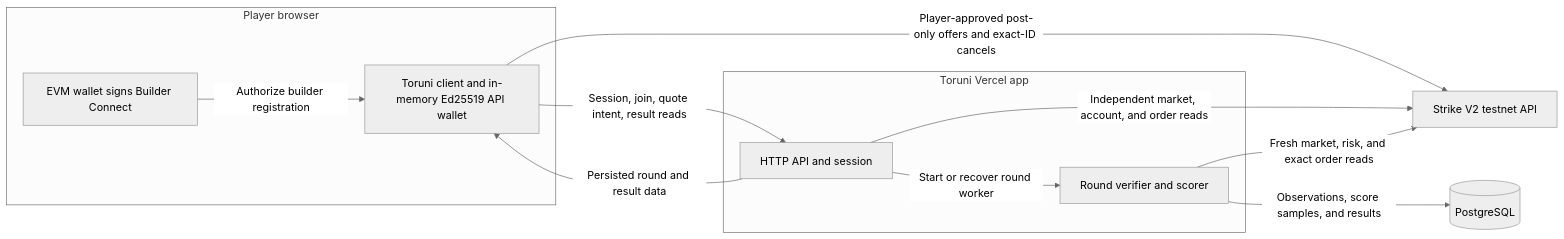
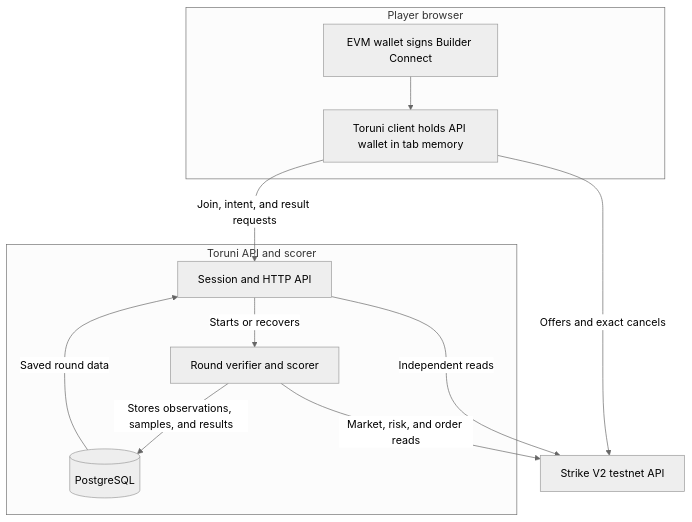
One commit to Web3Kyami/Toruni changed the second of 2 diagrams in README.md. Above: the diagram before and after it, drawn with Mermaid (neutral theme). The commit also changed other lines of this file, not shown here.

Commit message:
Make Toruni README audience-first and mobile readable

````diff
--- a/README.md
+++ b/README.md
@@ -75,24 +61,23 @@
 ```mermaid
-flowchart LR
+flowchart TD
     subgraph Browser[Player browser]
         Wallet[EVM wallet signs Builder Connect]
-        Client[Toruni client and in-memory Ed25519 API wallet]
+        Client[Toruni client holds API wallet in tab memory]
+        Wallet --> Client
     end
 
-    subgraph Vercel[Toruni Vercel app]
-        API[HTTP API and session]
+    subgraph Vercel[Toruni API and scorer]
+        API[Session and HTTP API]
         Worker[Round verifier and scorer]
+        DB[(PostgreSQL)]
+        API -->|Starts or recovers| Worker
+        Worker -->|Stores observations, samples, and results| DB
+        DB -->|Saved round data| API
     end
 
     Strike[Strike V2 testnet API]
-    DB[(PostgreSQL)]
-
-    Wallet -->|Authorize builder registration| Client
-    Client -->|Player-approved post-only offers and exact-ID cancels| Strike
-    Client -->|Session, join, quote intent, result reads| API
-    API -->|Independent market, account, and order reads| Strike
-    API -->|Start or recover round worker| Worker
-    Worker -->|Fresh market, risk, and exact order reads| Strike
-    Worker -->|Observations, score samples, and results| DB
-    API -->|Persisted round and result data| Client
+    Client -->|Offers and exact cancels| Strike
+    Client -->|Join, intent, and result requests| API
+    API -->|Independent reads| Strike
+    Worker -->|Market, risk, and order reads| Strike
 ```
````
